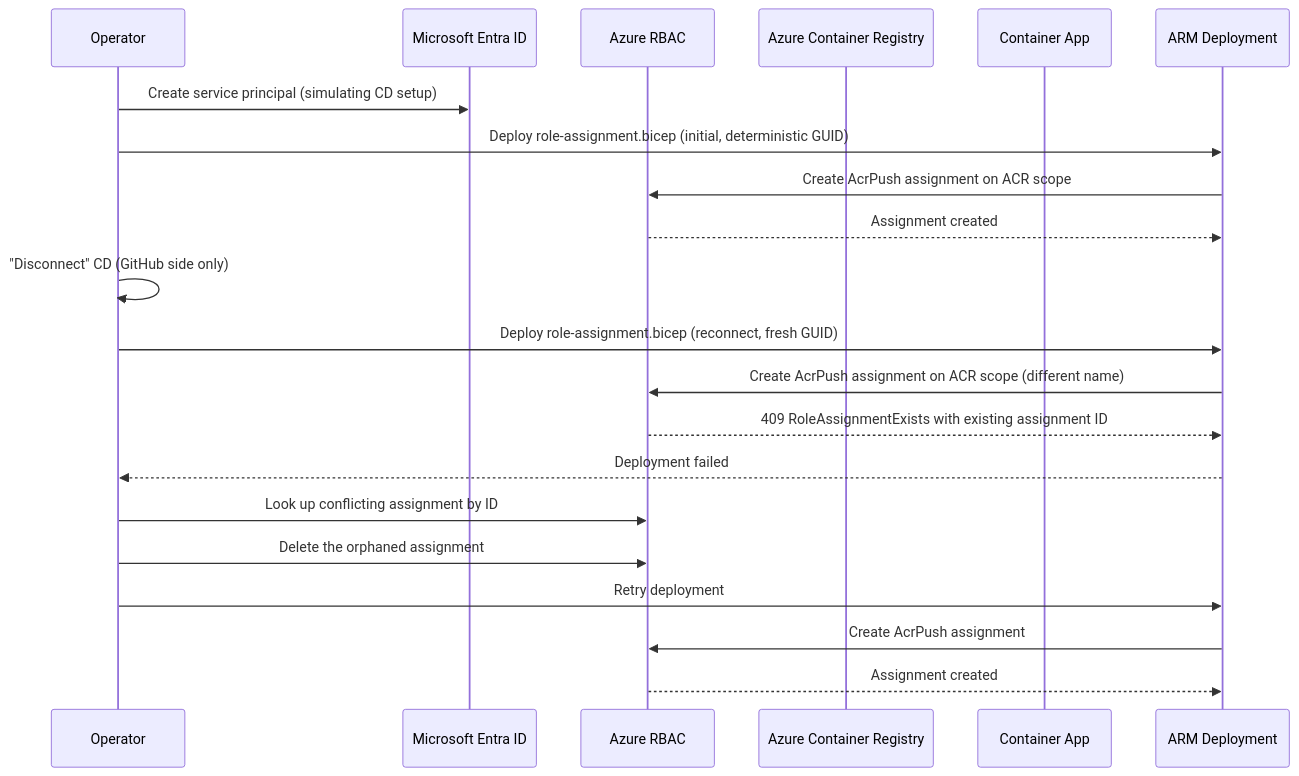
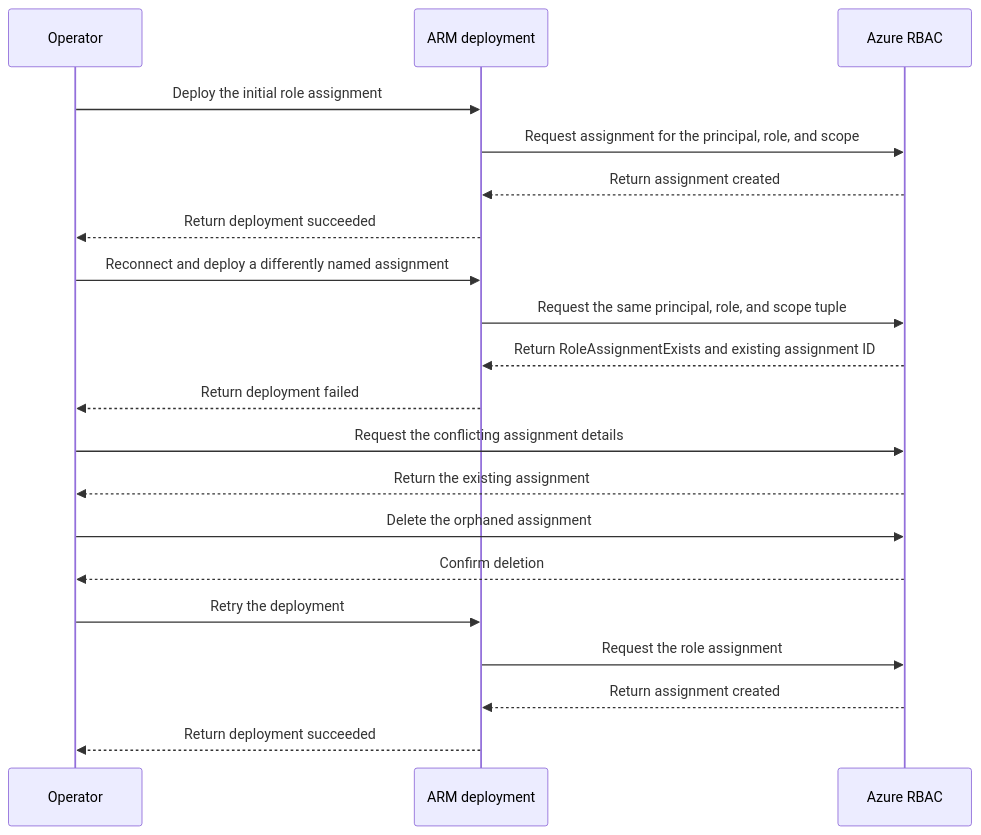
One commit to yeongseon/azure-container-apps-practical-guide changed the diagram in docs/troubleshooting/lab-guides/cd-reconnect-rbac-conflict.md. Above: the diagram before and after it, drawn with Mermaid. The commit also changed other lines of this file and 23 other files, not shown here.

Commit message:
docs(diagrams): migrate the first lab-guide diagram batch (#625)

````diff
--- a/docs/troubleshooting/lab-guides/cd-reconnect-rbac-conflict.md
+++ b/docs/troubleshooting/lab-guides/cd-reconnect-rbac-conflict.md
@@ -68,23 +68,22 @@
 ```mermaid
 sequenceDiagram
     participant Op as Operator
-    participant AAD as Microsoft Entra ID
+    participant ARM as ARM deployment
     participant RBAC as Azure RBAC
-    participant ACR as Azure Container Registry
-    participant ACA as Container App
-    participant ARM as ARM Deployment
-    Op->>AAD: Create service principal (simulating CD setup)
-    Op->>ARM: Deploy role-assignment.bicep (initial, deterministic GUID)
-    ARM->>RBAC: Create AcrPush assignment on ACR scope
-    RBAC-->>ARM: Assignment created
-    Op->>Op: "Disconnect" CD (GitHub side only)
-    Op->>ARM: Deploy role-assignment.bicep (reconnect, fresh GUID)
-    ARM->>RBAC: Create AcrPush assignment on ACR scope (different name)
-    RBAC-->>ARM: 409 RoleAssignmentExists with existing assignment ID
-    ARM-->>Op: Deployment failed
-    Op->>RBAC: Look up conflicting assignment by ID
+    Op->>ARM: Deploy the initial role assignment
+    ARM->>RBAC: Request assignment for the principal, role, and scope
+    RBAC-->>ARM: Return assignment created
+    ARM-->>Op: Return deployment succeeded
+    Op->>ARM: Reconnect and deploy a differently named assignment
+    ARM->>RBAC: Request the same principal, role, and scope tuple
+    RBAC-->>ARM: Return RoleAssignmentExists and existing assignment ID
+    ARM-->>Op: Return deployment failed
+    Op->>RBAC: Request the conflicting assignment details
+    RBAC-->>Op: Return the existing assignment
     Op->>RBAC: Delete the orphaned assignment
-    Op->>ARM: Retry deployment
-    ARM->>RBAC: Create AcrPush assignment
-    RBAC-->>ARM: Assignment created
+    RBAC-->>Op: Confirm deletion
+    Op->>ARM: Retry the deployment
+    ARM->>RBAC: Request the role assignment
+    RBAC-->>ARM: Return assignment created
+    ARM-->>Op: Return deployment succeeded
 ```
````
